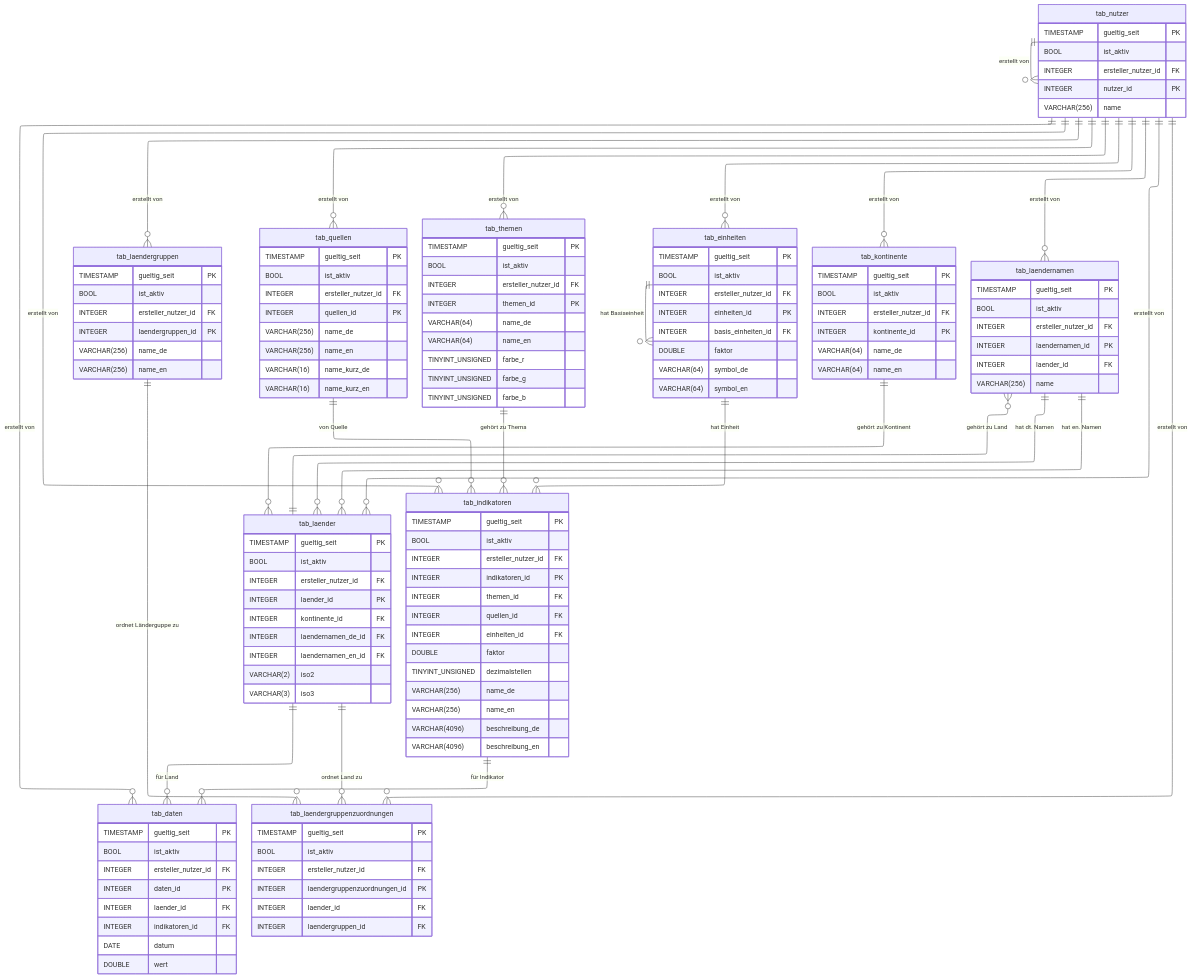
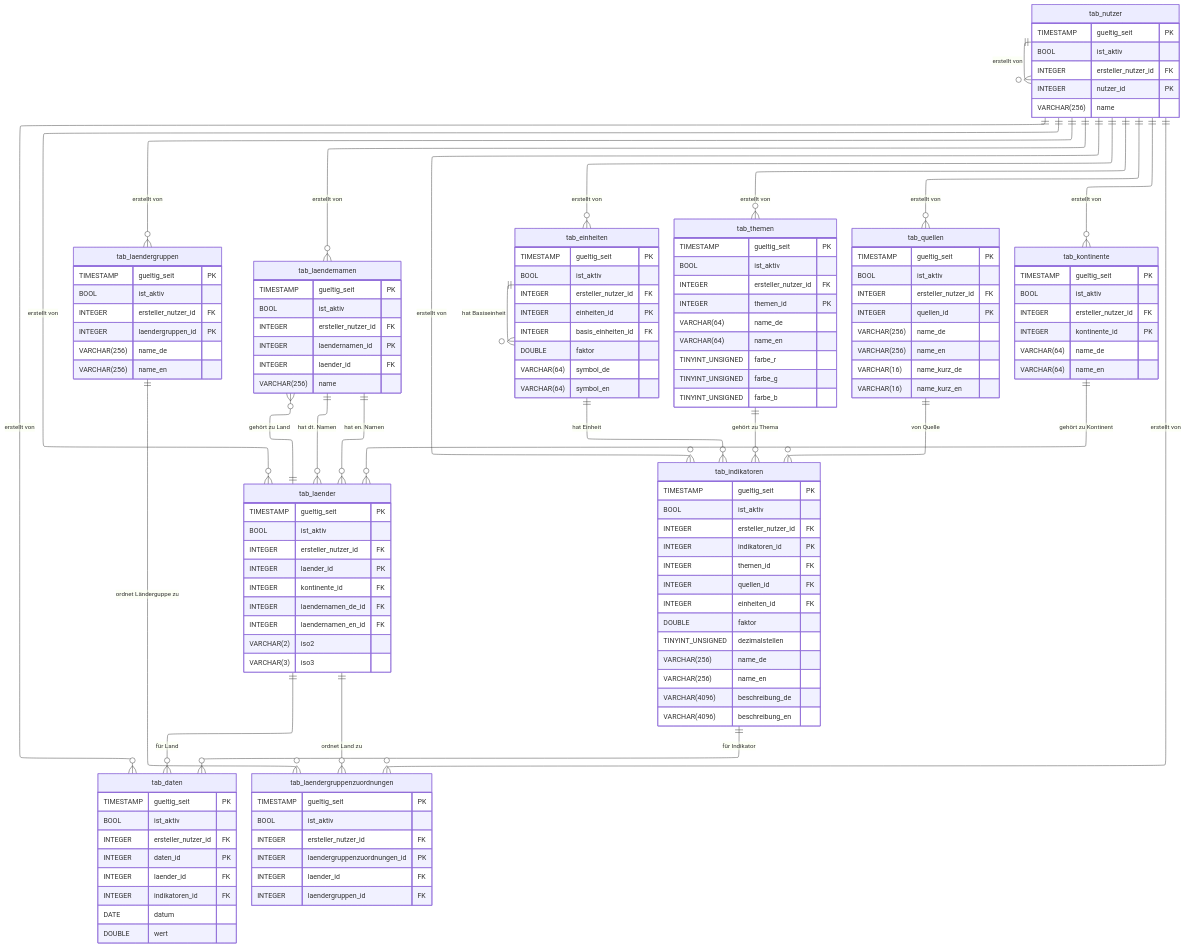
Before and after one commit to CR1337/intstat-redesign: the second of 2 diagrams in doc/documentation.md, drawn with Mermaid. The commit also changed other lines of this file and 4 other files, not shown here.

````diff
--- a/doc/documentation.md
+++ b/doc/documentation.md
@@ -205,6 +205,52 @@
     layout: elk
 ---
 erDiagram
+
+        tab_laendergruppen {
+            TIMESTAMP gueltig_seit PK
+            BOOL ist_aktiv
+                INTEGER ersteller_nutzer_id FK 
+            INTEGER laendergruppen_id PK
+
+
+                VARCHAR(256) name_de
+                VARCHAR(256) name_en
+        }
+
+            tab_nutzer ||--o{ tab_laendergruppen : "erstellt von"
+
+
+        tab_laendernamen {
+            TIMESTAMP gueltig_seit PK
+            BOOL ist_aktiv
+                INTEGER ersteller_nutzer_id FK 
+            INTEGER laendernamen_id PK
+
+                INTEGER laender_id FK
+
+                VARCHAR(256) name
+        }
+
+            tab_laender ||--o{ tab_laendernamen : "gehört zu Land"
+            tab_nutzer ||--o{ tab_laendernamen : "erstellt von"
+
+
+        tab_einheiten {
+            TIMESTAMP gueltig_seit PK
+            BOOL ist_aktiv
+                INTEGER ersteller_nutzer_id FK 
+            INTEGER einheiten_id PK
+
+                INTEGER basis_einheiten_id FK
+
+                DOUBLE faktor
+                VARCHAR(64) symbol_de
+                VARCHAR(64) symbol_en
+        }
+
+            tab_einheiten ||--o{ tab_einheiten : "hat Basiseinheit"
+            tab_nutzer ||--o{ tab_einheiten : "erstellt von"
+
 
         tab_daten {
             TIMESTAMP gueltig_seit PK
@@ -224,36 +270,6 @@
             tab_nutzer ||--o{ tab_daten : "erstellt von"
 
 
-        tab_laendergruppen {
-            TIMESTAMP gueltig_seit PK
-            BOOL ist_aktiv
-                INTEGER ersteller_nutzer_id FK 
-            INTEGER laendergruppen_id PK
-
-
-                VARCHAR(256) name_de
-                VARCHAR(256) name_en
-        }
-
-            tab_nutzer ||--o{ tab_laendergruppen : "erstellt von"
-
-
-        tab_laendergruppenzuordnungen {
-            TIMESTAMP gueltig_seit PK
-            BOOL ist_aktiv
-                INTEGER ersteller_nutzer_id FK 
-            INTEGER laendergruppenzuordnungen_id PK
-
-                INTEGER laender_id FK
-                INTEGER laendergruppen_id FK
-
-        }
-
-            tab_laender ||--o{ tab_laendergruppenzuordnungen : "ordnet Land zu"
-            tab_laendergruppen ||--o{ tab_laendergruppenzuordnungen : "ordnet Länderguppe zu"
-            tab_nutzer ||--o{ tab_laendergruppenzuordnungen : "erstellt von"
-
-
         tab_nutzer {
             TIMESTAMP gueltig_seit PK
             BOOL ist_aktiv
@@ -265,22 +281,6 @@
         }
 
             tab_nutzer ||--o{ tab_nutzer : "erstellt von"
-
-
-        tab_quellen {
-            TIMESTAMP gueltig_seit PK
-            BOOL ist_aktiv
-                INTEGER ersteller_nutzer_id FK 
-            INTEGER quellen_id PK
-
-
-                VARCHAR(256) name_de
-                VARCHAR(256) name_en
-                VARCHAR(16) name_kurz_de
-                VARCHAR(16) name_kurz_en
-        }
-
-            tab_nutzer ||--o{ tab_quellen : "erstellt von"
 
 
         tab_indikatoren {
@@ -307,23 +307,6 @@
             tab_nutzer ||--o{ tab_indikatoren : "erstellt von"
 
 
-        tab_themen {
-            TIMESTAMP gueltig_seit PK
-            BOOL ist_aktiv
-                INTEGER ersteller_nutzer_id FK 
-            INTEGER themen_id PK
-
-
-                VARCHAR(64) name_de
-                VARCHAR(64) name_en
-                TINYINT_UNSIGNED farbe_r
-                TINYINT_UNSIGNED farbe_g
-                TINYINT_UNSIGNED farbe_b
-        }
-
-            tab_nutzer ||--o{ tab_themen : "erstellt von"
-
-
         tab_laender {
             TIMESTAMP gueltig_seit PK
             BOOL ist_aktiv
@@ -344,36 +327,21 @@
             tab_nutzer ||--o{ tab_laender : "erstellt von"
 
 
-        tab_einheiten {
+        tab_themen {
             TIMESTAMP gueltig_seit PK
             BOOL ist_aktiv
                 INTEGER ersteller_nutzer_id FK 
-            INTEGER einheiten_id PK
+            INTEGER themen_id PK
 
-                INTEGER basis_einheiten_id FK
 
-                DOUBLE faktor
-                VARCHAR(64) symbol_de
-                VARCHAR(64) symbol_en
+                VARCHAR(64) name_de
+                VARCHAR(64) name_en
+                TINYINT_UNSIGNED farbe_r
+                TINYINT_UNSIGNED farbe_g
+                TINYINT_UNSIGNED farbe_b
         }
 
-            tab_einheiten ||--o{ tab_einheiten : "hat Basiseinheit"
-            tab_nutzer ||--o{ tab_einheiten : "erstellt von"
-
-
-        tab_laendernamen {
-            TIMESTAMP gueltig_seit PK
-            BOOL ist_aktiv
-                INTEGER ersteller_nutzer_id FK 
-            INTEGER laendernamen_id PK
-
-                INTEGER laender_id FK
-
-                VARCHAR(256) name
-        }
-
-            tab_laender ||--o{ tab_laendernamen : "gehört zu Land"
-            tab_nutzer ||--o{ tab_laendernamen : "erstellt von"
+            tab_nutzer ||--o{ tab_themen : "erstellt von"
 
 
         tab_kontinente {
@@ -390,4 +358,36 @@
             tab_nutzer ||--o{ tab_kontinente : "erstellt von"
 
 
+        tab_laendergruppenzuordnungen {
+            TIMESTAMP gueltig_seit PK
+            BOOL ist_aktiv
+                INTEGER ersteller_nutzer_id FK 
+            INTEGER laendergruppenzuordnungen_id PK
+
+                INTEGER laender_id FK
+                INTEGER laendergruppen_id FK
+
+        }
+
+            tab_laender ||--o{ tab_laendergruppenzuordnungen : "ordnet Land zu"
+            tab_laendergruppen ||--o{ tab_laendergruppenzuordnungen : "ordnet Länderguppe zu"
+            tab_nutzer ||--o{ tab_laendergruppenzuordnungen : "erstellt von"
+
+
+        tab_quellen {
+            TIMESTAMP gueltig_seit PK
+            BOOL ist_aktiv
+                INTEGER ersteller_nutzer_id FK 
+            INTEGER quellen_id PK
+
+
+                VARCHAR(256) name_de
+                VARCHAR(256) name_en
+                VARCHAR(16) name_kurz_de
+                VARCHAR(16) name_kurz_en
+        }
+
+            tab_nutzer ||--o{ tab_quellen : "erstellt von"
+
+
 ```
````
